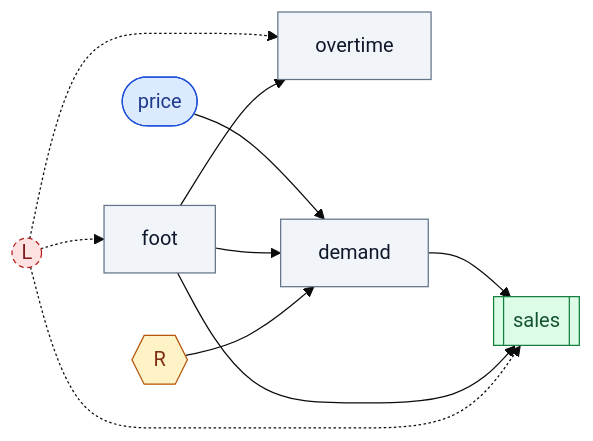
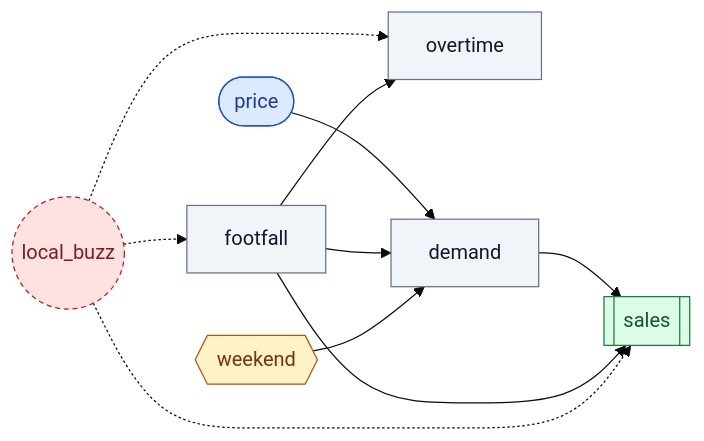
The diagram in examples/README.md (noumenal-ai/causal-worlds), drawn with Mermaid (base theme) before and after one commit. The commit also changed 8 other files, not shown here.

````diff
--- a/examples/README.md
+++ b/examples/README.md
@@ -33,24 +33,24 @@
 ```mermaid
 graph LR
-    R{{"R"}}:::disturbance
+    weekend{{"weekend"}}:::disturbance
     price(["price"]):::controllable
-    L(("L")):::hidden
-    foot["foot"]:::observable
+    local_buzz(("local_buzz")):::hidden
+    footfall["footfall"]:::observable
     overtime["overtime"]:::observable
     demand["demand"]:::observable
     sales[["sales"]]:::outcome
-    L -.-> foot
-    L -.-> overtime
-    foot --> overtime
+    local_buzz -.-> footfall
+    local_buzz -.-> overtime
+    footfall --> overtime
     price --> demand
-    foot --> demand
-    R --> demand
+    footfall --> demand
+    weekend --> demand
     demand --> sales
-    foot --> sales
-    L -.-> sales
+    footfall --> sales
+    local_buzz -.-> sales
     classDef controllable fill:#dbeafe,stroke:#1d4ed8,color:#1e3a8a;
     classDef outcome fill:#dcfce7,stroke:#15803d,color:#14532d;
     classDef observable fill:#f1f5f9,stroke:#64748b,color:#0f172a;
     classDef disturbance fill:#fef3c7,stroke:#b45309,color:#7c2d12;
     classDef hidden fill:#fee2e2,stroke:#b91c1c,color:#7f1d1d,stroke-dasharray:4 3;
 ```
````
